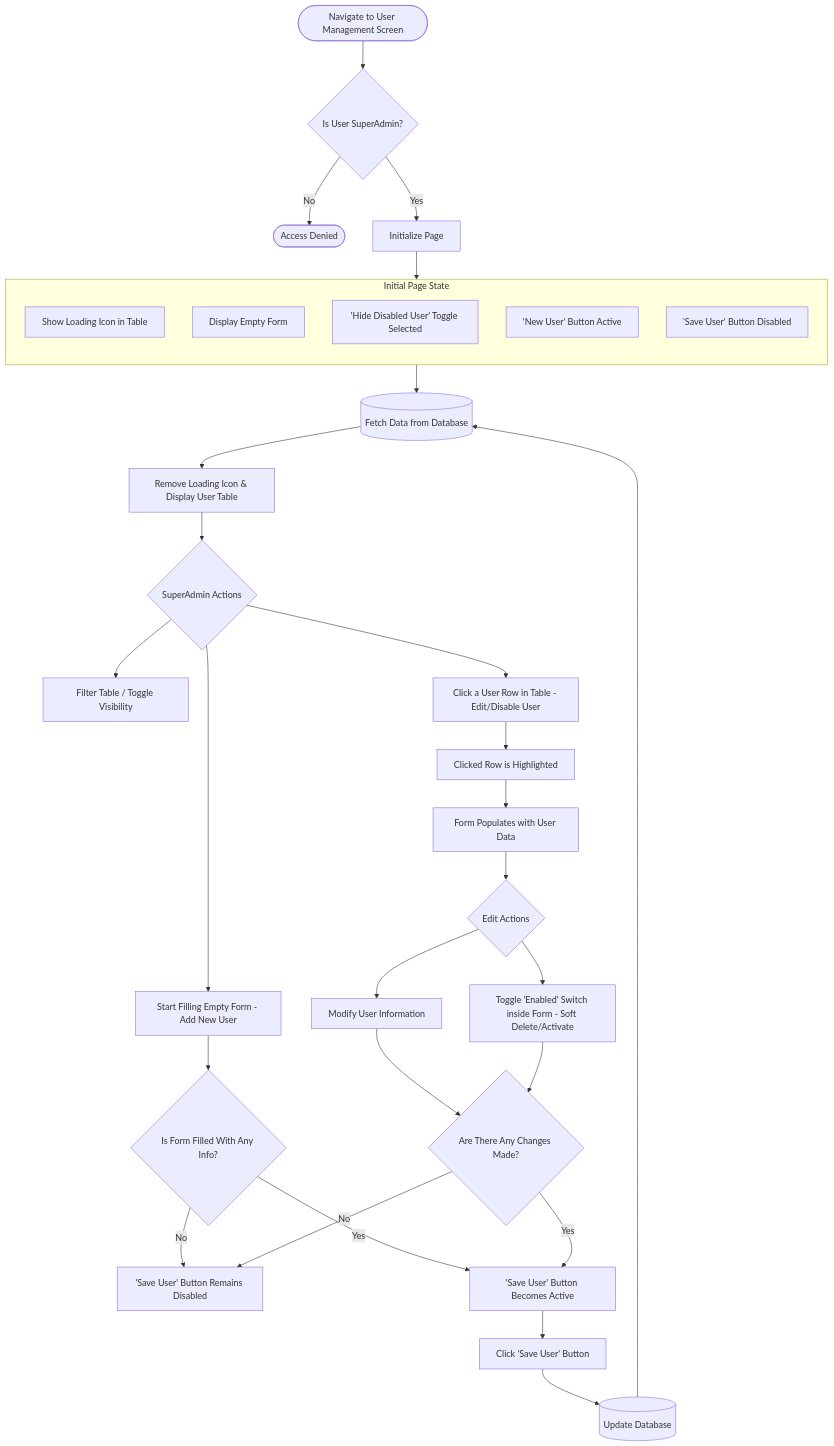
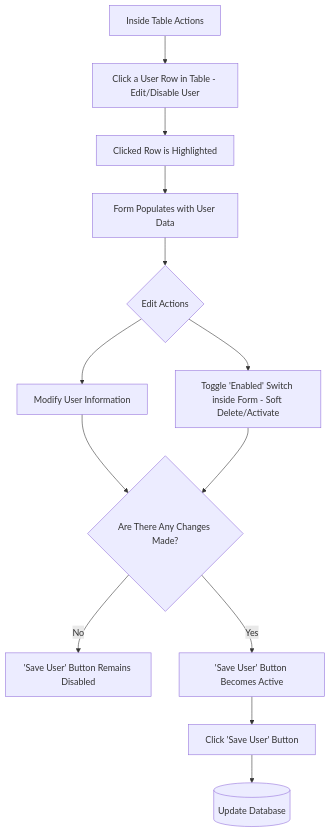
The third of 4 diagrams in README.md (Cgnore/ui-specification-document), drawn with Mermaid before and after one commit. The commit also changed other lines of this file, not shown here.

Commit message:
Enhance README with user actions and form flow diagrams
Added detailed flow diagrams for user actions and form handling.

````diff
--- a/README.md
+++ b/README.md
@@ -62,58 +119,27 @@
 ```mermaid
+
 graph TD
-    %% Start and Authorization Check
-    Start([Navigate to User Management Screen]) --> AuthCheck{Is User SuperAdmin?}
-    AuthCheck -- No --> AccessDenied([Access Denied])
-    AuthCheck -- Yes --> PageInit[Initialize Page]
+     %% User Actions from Inside the Table    
 
-    %% Initial Page Load State
-    subgraph Initial_Page_State [Initial Page State]
-        direction TB
-        InitLoading[Show Loading Icon in Table]
-        InitForm[Display Empty Form]
-        InitToggle['Hide Disabled User' Toggle Selected]
-        InitBtnNew['New User' Button Active]
-        InitBtnSave['Save User' Button Disabled]
-    end
-
-    PageInit --> Initial_Page_State
-
-    %% Fetching Data
-    InitLoading --> FetchDB[(Fetch Data from Database)]
-    FetchDB --> ShowTable[Remove Loading Icon & Display User Table]
-
-    %% User Actions from Table
-    ShowTable --> UserActions{SuperAdmin Actions}
-    
-    UserActions --> ActionFilter[Filter Table / Toggle Visibility]
-    UserActions --> ActionAdd[Start Filling Empty Form - Add New User]
-    UserActions --> ActionEdit[Click a User Row in Table - Edit/Disable User]
-
-    %% Add New User Flow
-    ActionAdd --> CheckFormFilled{Is Form Filled With Any Info?}
-    
+    InsideTable[Inside Table Actions] --> ActionEdit[Click a User Row in Table - Edit/Disable User]
     %% Edit Existing User Flow
     ActionEdit --> HighlightRow[Clicked Row is Highlighted]
     HighlightRow --> PopulateForm[Form Populates with User Data]
     PopulateForm --> EditOptions{Edit Actions}
     
     EditOptions --> ModifyInfo[Modify User Information]
     EditOptions --> ToggleEnabled[Toggle 'Enabled' Switch inside Form - Soft Delete/Activate]
     
     ModifyInfo --> CheckChanges{Are There Any Changes Made?}
     ToggleEnabled --> CheckChanges
 
     %% Save Button Activation Logic
-    CheckFormFilled -- No --> KeepSaveDisabled['Save User' Button Remains Disabled]
-    CheckChanges -- No --> KeepSaveDisabled
+    CheckChanges -- No --> KeepSaveDisabled['Save User' Button Remains Disabled]
     
-    CheckFormFilled -- Yes --> ActivateSave['Save User' Button Becomes Active]
-    CheckChanges -- Yes --> ActivateSave
+    CheckChanges -- Yes --> ActivateSave['Save User' Button Becomes Active]
 
     %% Save and Refresh Process
     ActivateSave --> ClickSave[Click 'Save User' Button]
     ClickSave --> UpdateDB[(Update Database)]
     
-    %% Return to initial state after updating
-    UpdateDB --> FetchDB
 ```
````
